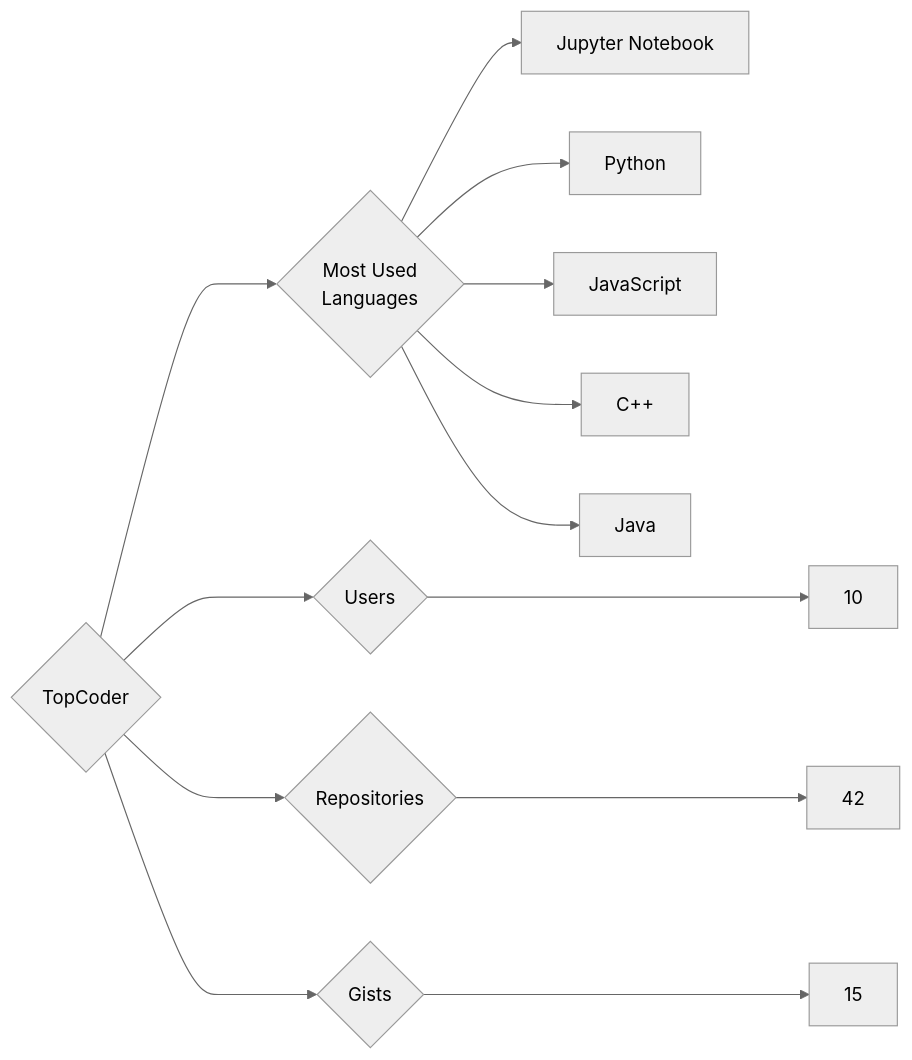
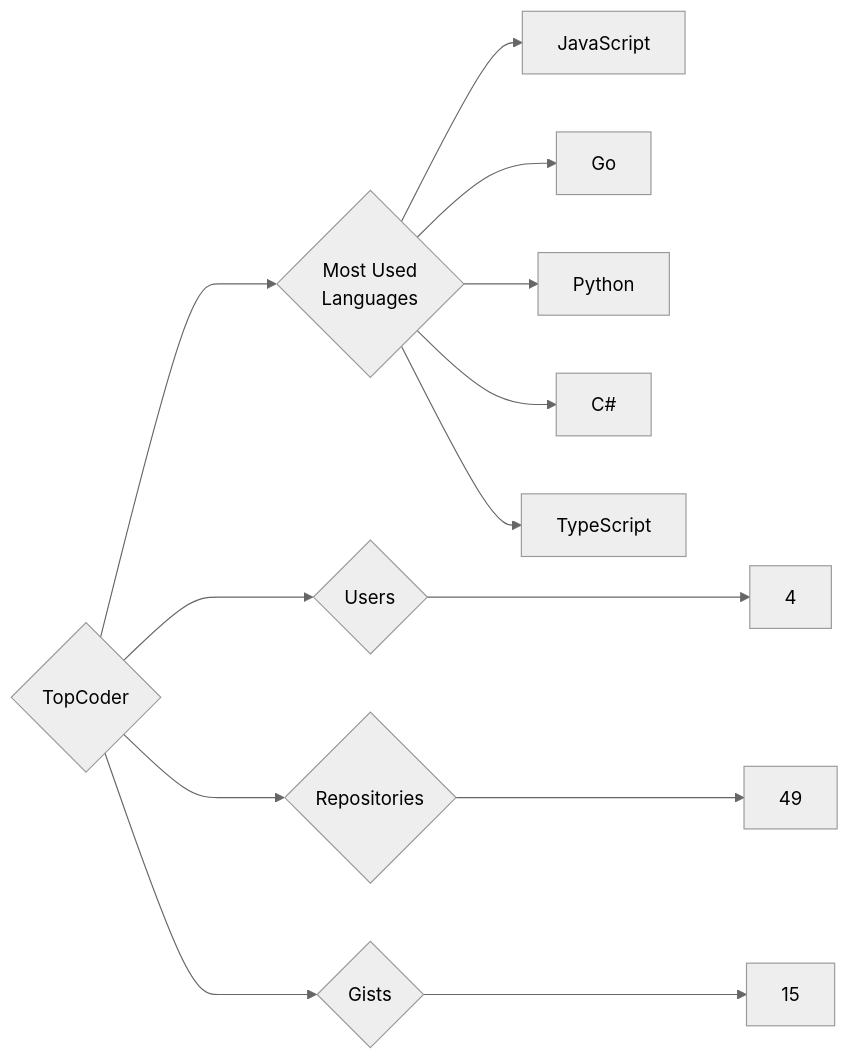
Before and after one commit to trickest/insiders: the diagram in targets/TopCoder/README.md, drawn with Mermaid (neutral theme). The commit also changed 1389 other files, not shown here.

````diff
--- a/targets/TopCoder/README.md
+++ b/targets/TopCoder/README.md
@@ -3,13 +3,13 @@
 ```mermaid
 graph LR
 COMPANY_NAME{TopCoder}
-COMPANY_NAME ---> U{Users} ---> UN[10]
-COMPANY_NAME ---> R{Repositories} ---> RN[42]
+COMPANY_NAME ---> U{Users} ---> UN[4]
+COMPANY_NAME ---> R{Repositories} ---> RN[49]
 COMPANY_NAME ---> G{Gists} ---> GN[15]
 COMPANY_NAME ---> ML{Most Used<br>Languages}
-ML --> Jupyter_Notebook[Jupyter Notebook]
+ML --> JavaScript[JavaScript]
+ML --> Go[Go]
 ML --> Python[Python]
-ML --> JavaScript[JavaScript]
-ML --> C++[C++]
-ML --> Java[Java]
+ML --> C#[C#]
+ML --> TypeScript[TypeScript]
 ```
````
